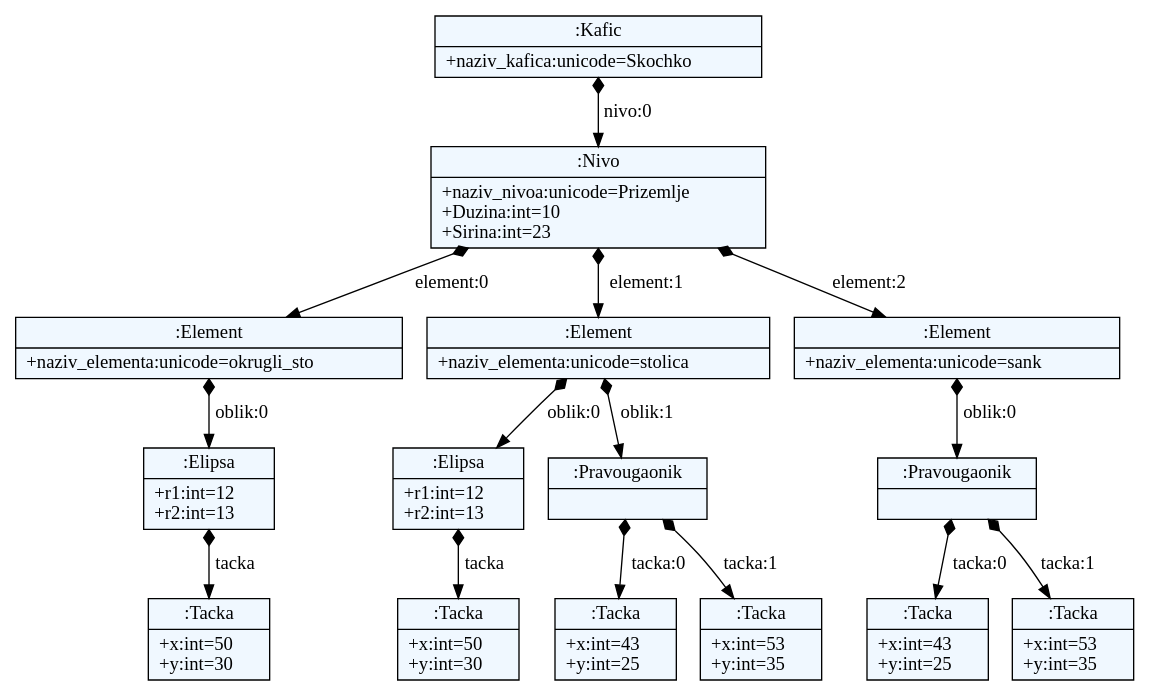
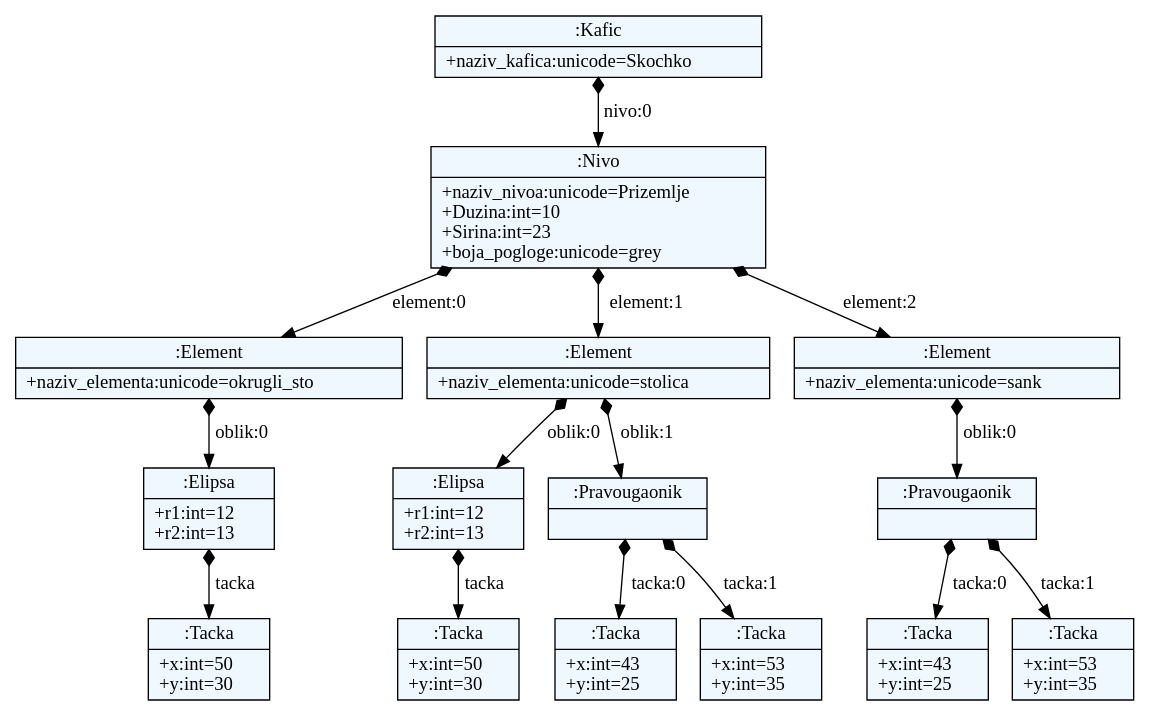
Before and after one commit to 0xMilica/JSDGenerator: the diagram in JSDProject/language/model.dot, drawn with Graphviz. The commit also changed 5 other files, not shown here.

```diff
--- a/JSDProject/language/model.dot
+++ b/JSDProject/language/model.dot
@@ -1,43 +1,43 @@
 
     digraph xtext {
     fontname = "Bitstream Vera Sans"
     fontsize = 8
     node[
         shape=record,
         style=filled,
         fillcolor=aliceblue
     ]
     edge[dir=black,arrowtail=empty]
 
 
-51884552 -> 52816472 [label="nivo:0" arrowtail=diamond dir=both]
-52816472 -> 52816752 [label="element:0" arrowtail=diamond dir=both]
-52816752 -> 52817368 [label="oblik:0" arrowtail=diamond dir=both]
-52817368 -> 52817480 [label="tacka" arrowtail=diamond dir=both]
-52817480[label="{:Tacka|+x:int=50\l+y:int=30\l}"]
-52817368[label="{:Elipsa|+r1:int=12\l+r2:int=13\l}"]
-52816752[label="{:Element|+naziv_elementa:unicode=okrugli_sto\l}"]
-52816472 -> 52816808 [label="element:1" arrowtail=diamond dir=both]
-52816808 -> 52817536 [label="oblik:0" arrowtail=diamond dir=both]
-52817536 -> 52817648 [label="tacka" arrowtail=diamond dir=both]
-52817648[label="{:Tacka|+x:int=50\l+y:int=30\l}"]
-52817536[label="{:Elipsa|+r1:int=12\l+r2:int=13\l}"]
-52816808 -> 52817592 [label="oblik:1" arrowtail=diamond dir=both]
-52817592 -> 52817816 [label="tacka:0" arrowtail=diamond dir=both]
-52817816[label="{:Tacka|+x:int=43\l+y:int=25\l}"]
-52817592 -> 52817872 [label="tacka:1" arrowtail=diamond dir=both]
-52817872[label="{:Tacka|+x:int=53\l+y:int=35\l}"]
-52817592[label="{:Pravougaonik|}"]
-52816808[label="{:Element|+naziv_elementa:unicode=stolica\l}"]
-52816472 -> 52817256 [label="element:2" arrowtail=diamond dir=both]
-52817256 -> 52817760 [label="oblik:0" arrowtail=diamond dir=both]
-52817760 -> 52822200 [label="tacka:0" arrowtail=diamond dir=both]
-52822200[label="{:Tacka|+x:int=43\l+y:int=25\l}"]
-52817760 -> 52822256 [label="tacka:1" arrowtail=diamond dir=both]
-52822256[label="{:Tacka|+x:int=53\l+y:int=35\l}"]
-52817760[label="{:Pravougaonik|}"]
-52817256[label="{:Element|+naziv_elementa:unicode=sank\l}"]
-52816472[label="{:Nivo|+naziv_nivoa:unicode=Prizemlje\l+Duzina:int=10\l+Sirina:int=23\l}"]
-51884552[label="{:Kafic|+naziv_kafica:unicode=Skochko\l}"]
+48121728 -> 52398176 [label="nivo:0" arrowtail=diamond dir=both]
+52398176 -> 52588952 [label="element:0" arrowtail=diamond dir=both]
+52588952 -> 52589680 [label="oblik:0" arrowtail=diamond dir=both]
+52589680 -> 52589792 [label="tacka" arrowtail=diamond dir=both]
+52589792[label="{:Tacka|+x:int=50\l+y:int=30\l}"]
+52589680[label="{:Elipsa|+r1:int=12\l+r2:int=13\l}"]
+52588952[label="{:Element|+naziv_elementa:unicode=okrugli_sto\l}"]
+52398176 -> 52589008 [label="element:1" arrowtail=diamond dir=both]
+52589008 -> 52589848 [label="oblik:0" arrowtail=diamond dir=both]
+52589848 -> 52589960 [label="tacka" arrowtail=diamond dir=both]
+52589960[label="{:Tacka|+x:int=50\l+y:int=30\l}"]
+52589848[label="{:Elipsa|+r1:int=12\l+r2:int=13\l}"]
+52589008 -> 52589904 [label="oblik:1" arrowtail=diamond dir=both]
+52589904 -> 52590128 [label="tacka:0" arrowtail=diamond dir=both]
+52590128[label="{:Tacka|+x:int=43\l+y:int=25\l}"]
+52589904 -> 52590184 [label="tacka:1" arrowtail=diamond dir=both]
+52590184[label="{:Tacka|+x:int=53\l+y:int=35\l}"]
+52589904[label="{:Pravougaonik|}"]
+52589008[label="{:Element|+naziv_elementa:unicode=stolica\l}"]
+52398176 -> 52589568 [label="element:2" arrowtail=diamond dir=both]
+52589568 -> 52590072 [label="oblik:0" arrowtail=diamond dir=both]
+52590072 -> 52590352 [label="tacka:0" arrowtail=diamond dir=both]
+52590352[label="{:Tacka|+x:int=43\l+y:int=25\l}"]
+52590072 -> 52590408 [label="tacka:1" arrowtail=diamond dir=both]
+52590408[label="{:Tacka|+x:int=53\l+y:int=35\l}"]
+52590072[label="{:Pravougaonik|}"]
+52589568[label="{:Element|+naziv_elementa:unicode=sank\l}"]
+52398176[label="{:Nivo|+naziv_nivoa:unicode=Prizemlje\l+Duzina:int=10\l+Sirina:int=23\l+boja_pogloge:unicode=grey\l}"]
+48121728[label="{:Kafic|+naziv_kafica:unicode=Skochko\l}"]
 
 }
```
